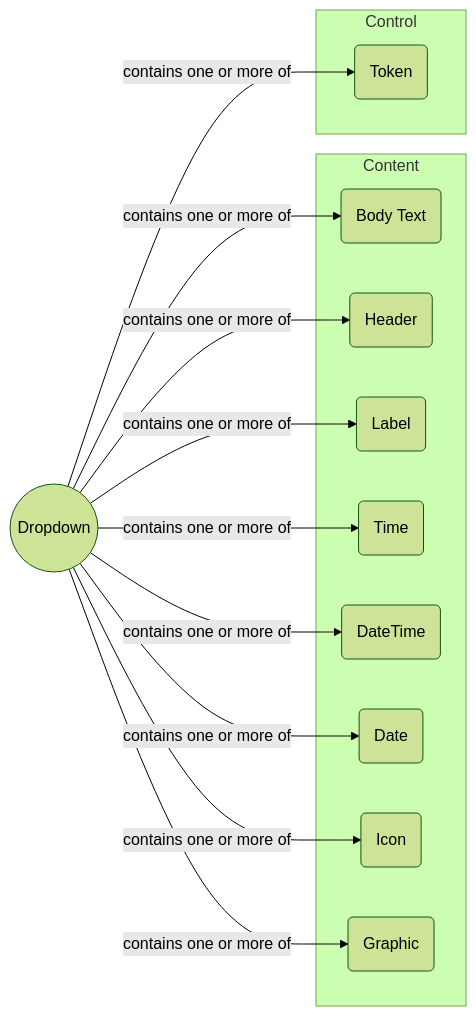
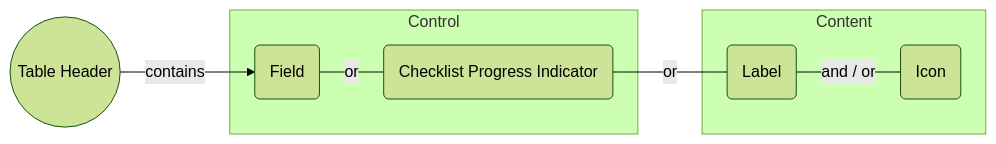
Before and after one commit to incremental-design/seamlss-design-system: diagram 23 of 39 in Components.md, drawn with Mermaid (forest theme). The commit also changed other lines of this file and 1 other file, not shown here.

````diff
--- a/Components.md
+++ b/Components.md
@@ -84,17 +313,12 @@
 ```mermaid
 flowchart LR
-	D((Dropdown)) -- contains one or more of --> BT(Body Text) & HE(Header) & L(Label) & T(Time) & DT(DateTime) & DA(Date) & IC(Icon) & GR(Graphic) & TO(Token)
+	TH((Table Header)) -- contains --> F(Field) ---|or| CP(Checklist Progress Indicator) ---|or| L(Label) ---| and / or| I(Icon)
 	subgraph Content
-		BT
-		HE
 		L
-		T
-		DT
-		DA
-		IC
-		GR
+		I
 	end
 	subgraph Control
-		TO
+		F
+		CP
 	end
 ```
````
